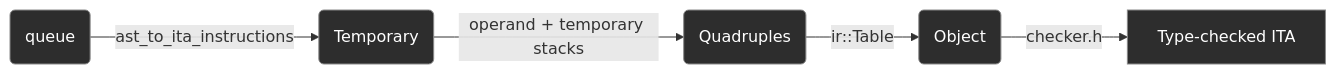
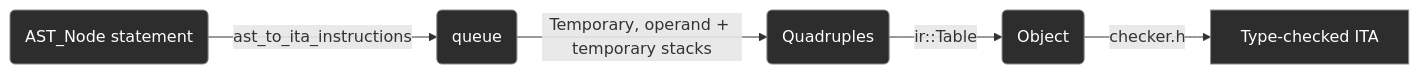
One commit to jahan-addison/credence changed the diagram in credence/ir/README.md. Above: the diagram before and after it, drawn with Mermaid. The commit also changed other lines of this file and 12 other files, not shown here.

Commit message:
chore: renamed Node_Parser to RValue_Parser; corrected the frontend and IR README diagrams and text, since Shunting_Yard and RValue_Parser are only invoked per-expression by the IR's statement walk

````diff
--- a/credence/ir/README.md
+++ b/credence/ir/README.md
@@ -7,13 +7,13 @@
 ```mermaid
 flowchart LR
-    A(queue) -->|ast_to_ita_instructions| B(Temporary)
-    B -->|operand + temporary stacks| C(Quadruples)
+    A(AST_Node statement) -->|ast_to_ita_instructions| B(queue)
+    B -->|Temporary, operand + temporary stacks| C(Quadruples)
     C -->|ir::Table| D(Object)
     D -->|checker.h| E[Type-checked ITA]
 
     style A fill:#2d2d2d,stroke:#888,color:#fff
     style B fill:#2d2d2d,stroke:#888,color:#fff
     style C fill:#2d2d2d,stroke:#888,color:#fff
     style D fill:#2d2d2d,stroke:#888,color:#fff
     style E fill:#2d2d2d,stroke:#888,color:#fff
 ```
````
